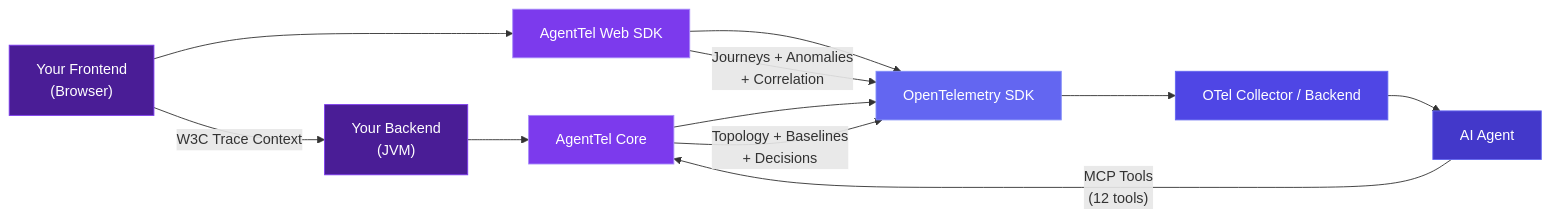
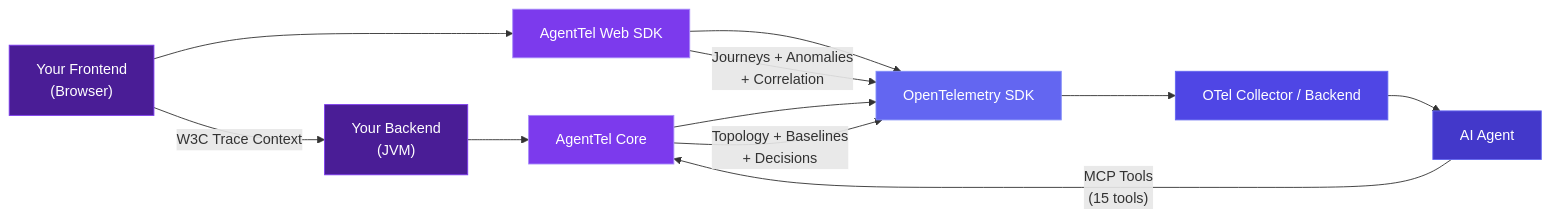
Before and after one commit to rrohitramsen/AgentTel: the first of 2 diagrams in docs/index.md, drawn with Mermaid. The commit also changed other lines of this file and 23 other files, not shown here.

````diff
--- a/docs/index.md
+++ b/docs/index.md
@@ -49,22 +49,22 @@
 ```mermaid
 graph LR
     B1["Your Backend<br/>(JVM)"] --> AT1["AgentTel Core"]
     B2["Your Frontend<br/>(Browser)"] --> AT2["AgentTel Web SDK"]
     AT1 --> C["OpenTelemetry SDK"]
     AT2 --> C
     C --> D["OTel Collector / Backend"]
     D --> E["AI Agent"]
 
     AT1 -->|"Topology + Baselines<br/>+ Decisions"| C
     AT2 -->|"Journeys + Anomalies<br/>+ Correlation"| C
-    E -->|"MCP Tools<br/>(12 tools)"| AT1
+    E -->|"MCP Tools<br/>(15 tools)"| AT1
     B2 -->|"W3C Trace Context"| B1
 
     style B1 fill:#4a1d96,stroke:#7c3aed,color:#fff
     style B2 fill:#4a1d96,stroke:#7c3aed,color:#fff
     style AT1 fill:#7c3aed,stroke:#a78bfa,color:#fff
     style AT2 fill:#7c3aed,stroke:#a78bfa,color:#fff
     style C fill:#6366f1,stroke:#818cf8,color:#fff
     style D fill:#4f46e5,stroke:#6366f1,color:#fff
     style E fill:#4338ca,stroke:#6366f1,color:#fff
 ```
````
